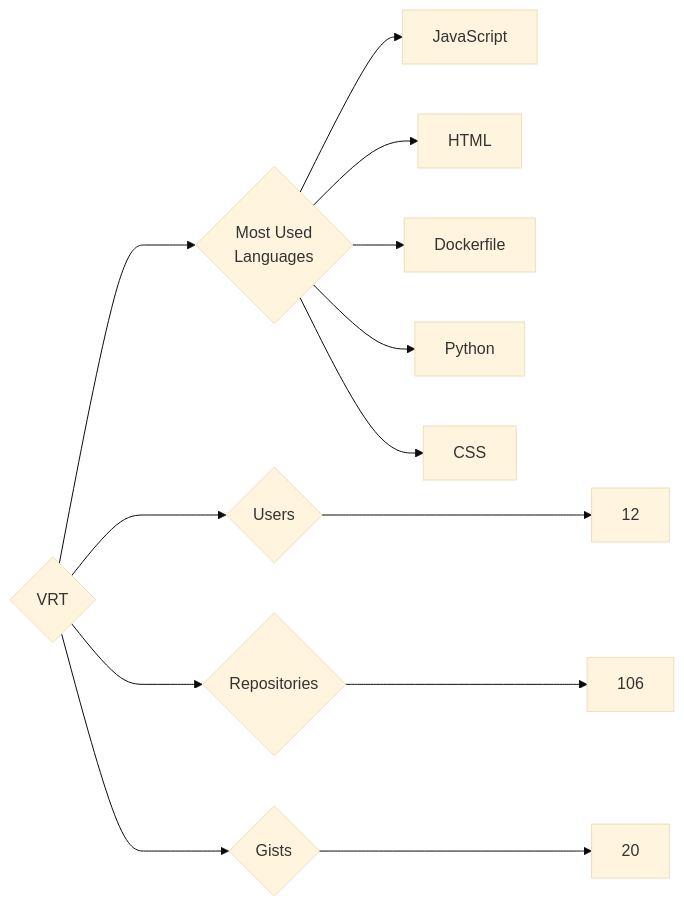
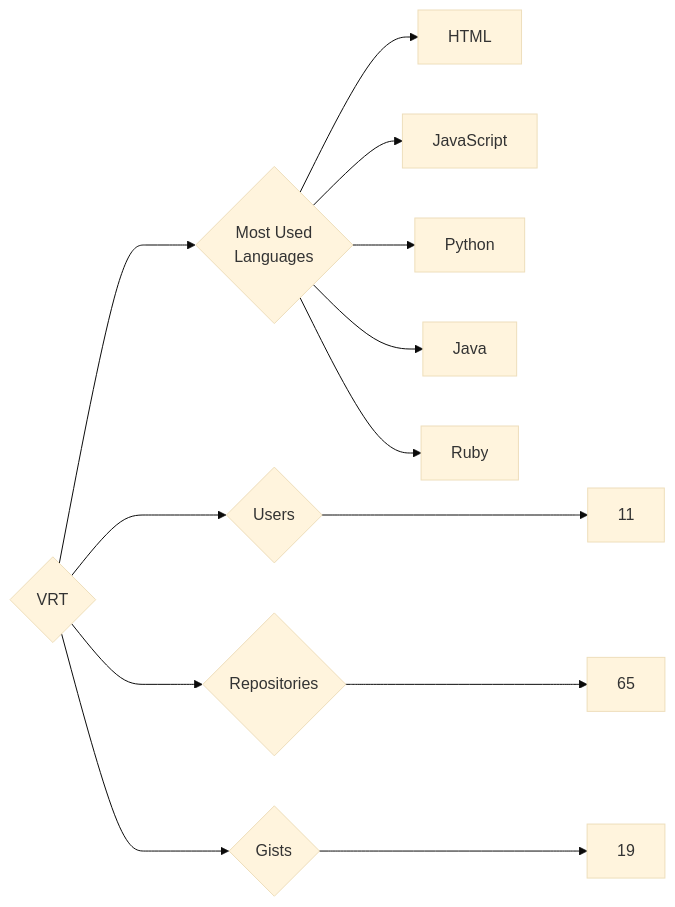
Before and after one commit to trickest/insiders: the diagram in targets/VRT/README.md, drawn with Mermaid (base theme). The commit also changed 976 other files, not shown here.

````diff
--- a/targets/VRT/README.md
+++ b/targets/VRT/README.md
@@ -3,13 +3,13 @@
 ```mermaid
 graph LR
 COMPANY_NAME{VRT}
-COMPANY_NAME ---> U{Users} ---> UN[12]
-COMPANY_NAME ---> R{Repositories} ---> RN[106]
-COMPANY_NAME ---> G{Gists} ---> GN[20]
+COMPANY_NAME ---> U{Users} ---> UN[11]
+COMPANY_NAME ---> R{Repositories} ---> RN[65]
+COMPANY_NAME ---> G{Gists} ---> GN[19]
 COMPANY_NAME ---> ML{Most Used<br>Languages}
+ML --> HTML[HTML]
 ML --> JavaScript[JavaScript]
-ML --> HTML[HTML]
-ML --> Dockerfile[Dockerfile]
 ML --> Python[Python]
-ML --> CSS[CSS]
+ML --> Java[Java]
+ML --> Ruby[Ruby]
 ```
````
